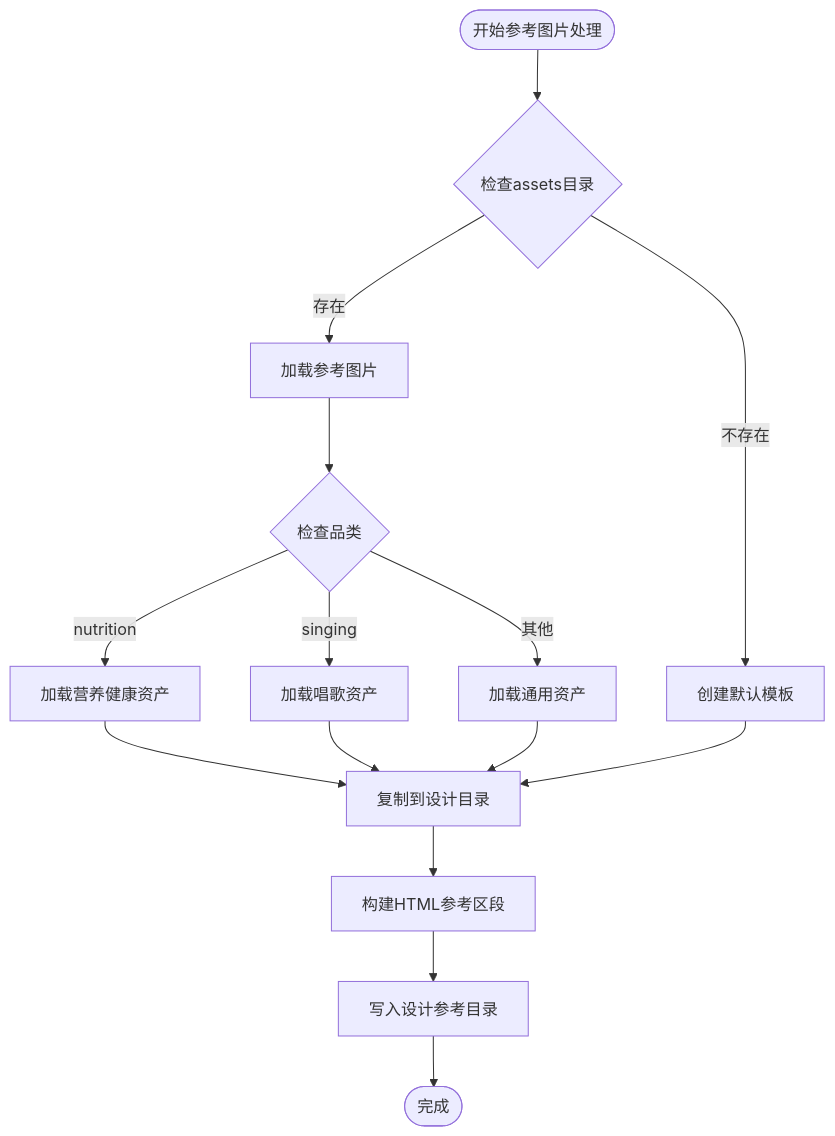
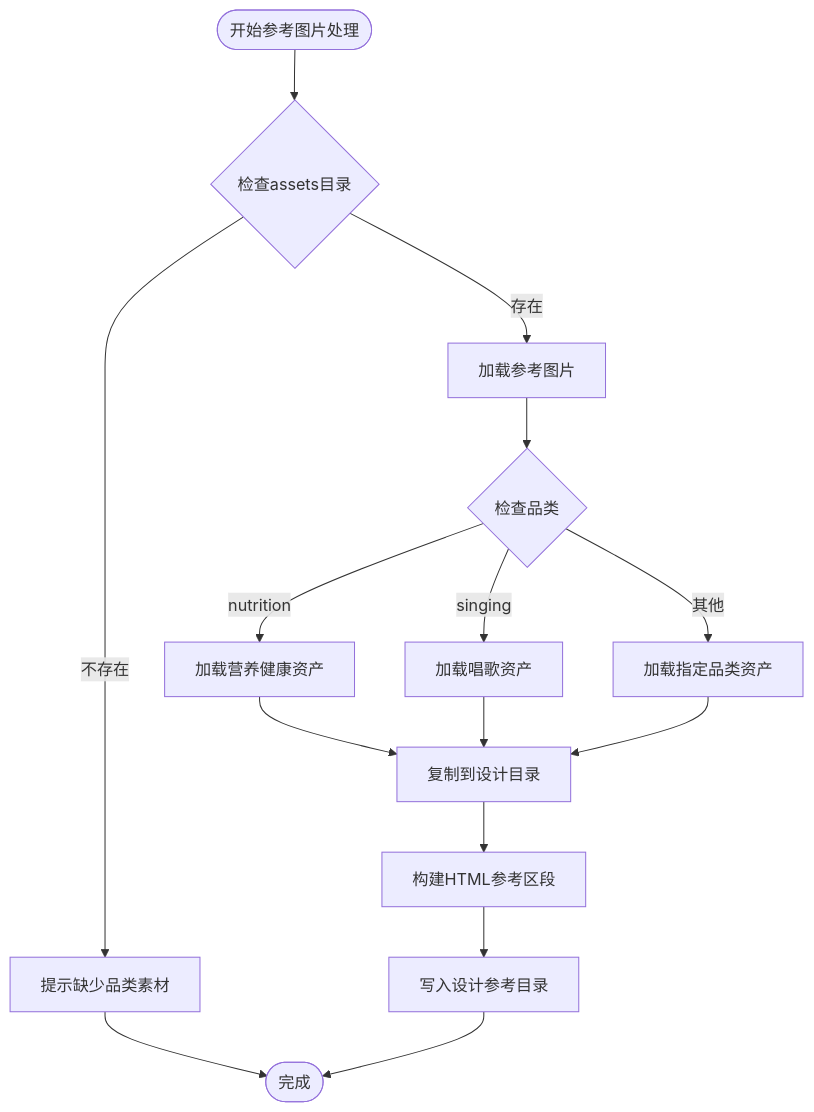
Diagram 14 of 23 in .qoder/repowiki/zh/content/配置和定制/配置和定制.md (WongMingJiu/landingpage-test-hero-page), drawn with Mermaid before and after one commit. The commit also changed other lines of this file and 53 other files, not shown here.

````diff
--- a/.qoder/repowiki/zh/content/配置和定制/配置和定制.md
+++ b/.qoder/repowiki/zh/content/配置和定制/配置和定制.md
@@ -699,17 +671,17 @@
 ```mermaid
 flowchart TD
 Start([开始参考图片处理]) --> CheckAssets{检查assets目录}
 CheckAssets --> |存在| LoadAssets[加载参考图片]
-CheckAssets --> |不存在| CreateDefault[创建默认模板]
+CheckAssets --> |不存在| WarnMissing[提示缺少品类素材]
 LoadAssets --> CheckCategory{检查品类}
 CheckCategory --> |nutrition| LoadNutritionAssets[加载营养健康资产]
 CheckCategory --> |singing| LoadSingingAssets[加载唱歌资产]
-CheckCategory --> |其他| LoadGenericAssets[加载通用资产]
+CheckCategory --> |其他| LoadCategoryAssets[加载指定品类资产]
 LoadNutritionAssets --> CopyToDesign[复制到设计目录]
 LoadSingingAssets --> CopyToDesign
-LoadGenericAssets --> CopyToDesign
-CreateDefault --> CopyToDesign
+LoadCategoryAssets --> CopyToDesign
+WarnMissing --> End([完成])
 CopyToDesign --> BuildHTML[构建HTML参考区段]
 BuildHTML --> WriteDesignRefer[写入设计参考目录]
 WriteDesignRefer --> End([完成])
 ```
````
